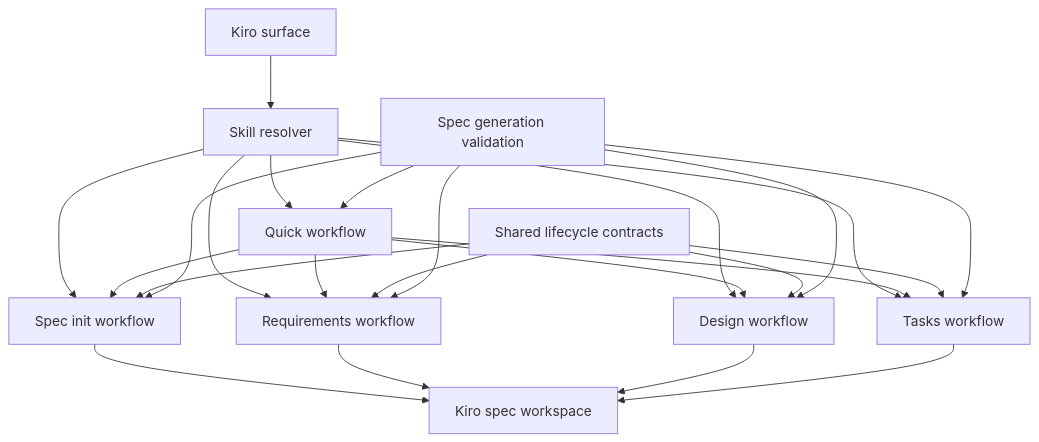
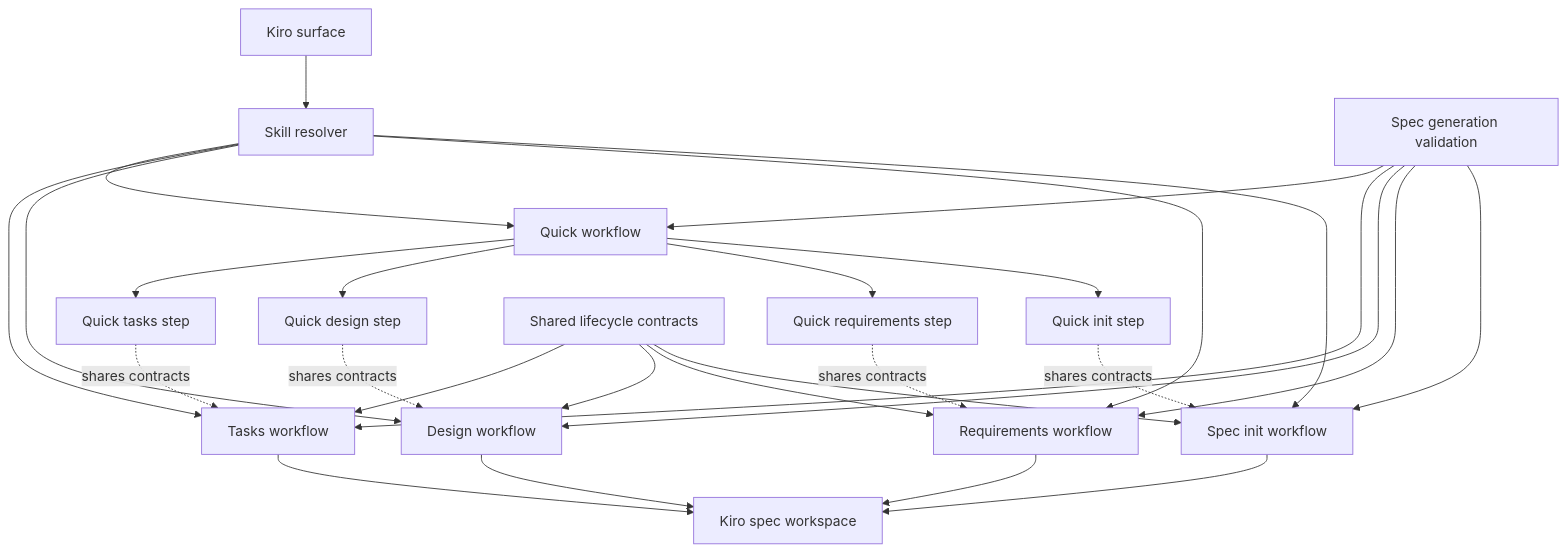
The first of 3 diagrams in .kiro/specs/kiro-spec-generation-workflows/design.md (j5ik2o/takt-sdd), drawn with Mermaid before and after one commit. The commit also changed other lines of this file and 3 other files, not shown here.

````diff
--- a/.kiro/specs/kiro-spec-generation-workflows/design.md
+++ b/.kiro/specs/kiro-spec-generation-workflows/design.md
@@ -71,26 +71,30 @@
 ```mermaid
 graph TB
     Surface[Kiro surface] --> Resolver[Skill resolver]
     Resolver --> Init[Spec init workflow]
     Resolver --> Requirements[Requirements workflow]
     Resolver --> Design[Design workflow]
     Resolver --> Tasks[Tasks workflow]
     Resolver --> Quick[Quick workflow]
-    Quick --> Init
-    Quick --> Requirements
-    Quick --> Design
-    Quick --> Tasks
+    Quick --> QuickInit[Quick init step]
+    Quick --> QuickReq[Quick requirements step]
+    Quick --> QuickDesign[Quick design step]
+    Quick --> QuickTasks[Quick tasks step]
+    QuickInit -. shares contracts .-> Init
+    QuickReq -. shares contracts .-> Requirements
+    QuickDesign -. shares contracts .-> Design
+    QuickTasks -. shares contracts .-> Tasks
     Init --> Workspace[Kiro spec workspace]
     Requirements --> Workspace
     Design --> Workspace
     Tasks --> Workspace
     Shared[Shared lifecycle contracts] --> Init
     Shared --> Requirements
     Shared --> Design
     Shared --> Tasks
     Validation[Spec generation validation] --> Init
     Validation --> Requirements
     Validation --> Design
     Validation --> Tasks
     Validation --> Quick
 ```
````
